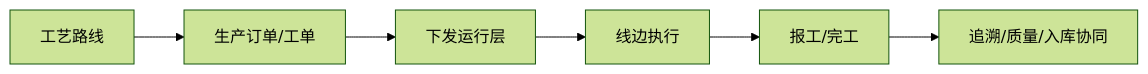
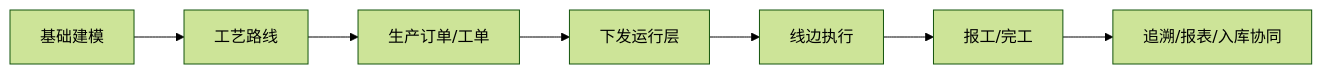
Before and after one commit to jiargcn/MomProductDocument: the diagram in docs/06-MES-生产管理/index.md, drawn with Mermaid (forest theme). The commit also changed other lines of this file and 16 other files, not shown here.

````diff
--- a/docs/06-MES-生产管理/index.md
+++ b/docs/06-MES-生产管理/index.md
@@ -42,8 +42,9 @@
 ```mermaid
 flowchart LR
-    A["工艺路线"] --> B["生产订单/工单"]
-    B --> C["下发运行层"]
-    C --> D["线边执行"]
-    D --> E["报工/完工"]
-    E --> F["追溯/质量/入库协同"]
+    A["基础建模"] --> B["工艺路线"]
+    B --> C["生产订单/工单"]
+    C --> D["下发运行层"]
+    D --> E["线边执行"]
+    E --> F["报工/完工"]
+    F --> G["追溯/报表/入库协同"]
 ```
````
